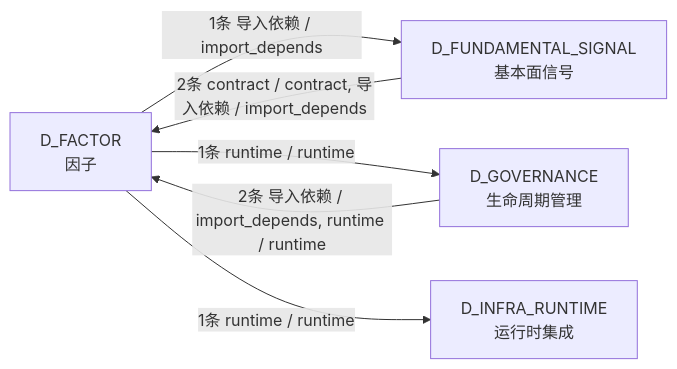
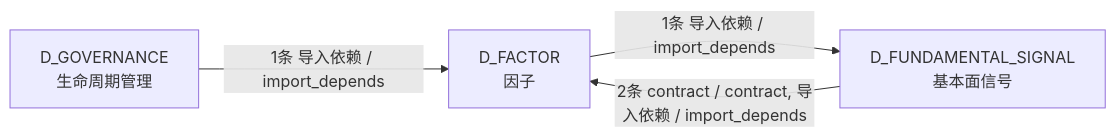
The fourth of 4 diagrams in docs/02_enterprise_architecture/02_domain_architecture_docs/29_d_factor.md (xuanFelixVan/ZephyrAlpha), drawn with Mermaid before and after one commit. The commit also changed other lines of this file and 100 other files, not shown here.

````diff
--- a/docs/02_enterprise_architecture/02_domain_architecture_docs/29_d_factor.md
+++ b/docs/02_enterprise_architecture/02_domain_architecture_docs/29_d_factor.md
@@ -210,12 +197,9 @@
 ```mermaid
 graph LR
     D_FACTOR["D_FACTOR<br/>因子"]
     D_FUNDAMENTAL_SIGNAL["D_FUNDAMENTAL_SIGNAL<br/>基本面信号"]
     D_GOVERNANCE["D_GOVERNANCE<br/>生命周期管理"]
-    D_INFRA_RUNTIME["D_INFRA_RUNTIME<br/>运行时集成"]
     D_FACTOR -->|1条 导入依赖 / import_depends| D_FUNDAMENTAL_SIGNAL
-    D_FACTOR -->|1条 runtime / runtime| D_GOVERNANCE
-    D_FACTOR -->|1条 runtime / runtime| D_INFRA_RUNTIME
     D_FUNDAMENTAL_SIGNAL -->|2条 contract / contract, 导入依赖 / import_depends| D_FACTOR
-    D_GOVERNANCE -->|2条 导入依赖 / import_depends, runtime / runtime| D_FACTOR
+    D_GOVERNANCE -->|1条 导入依赖 / import_depends| D_FACTOR
 ```
````
